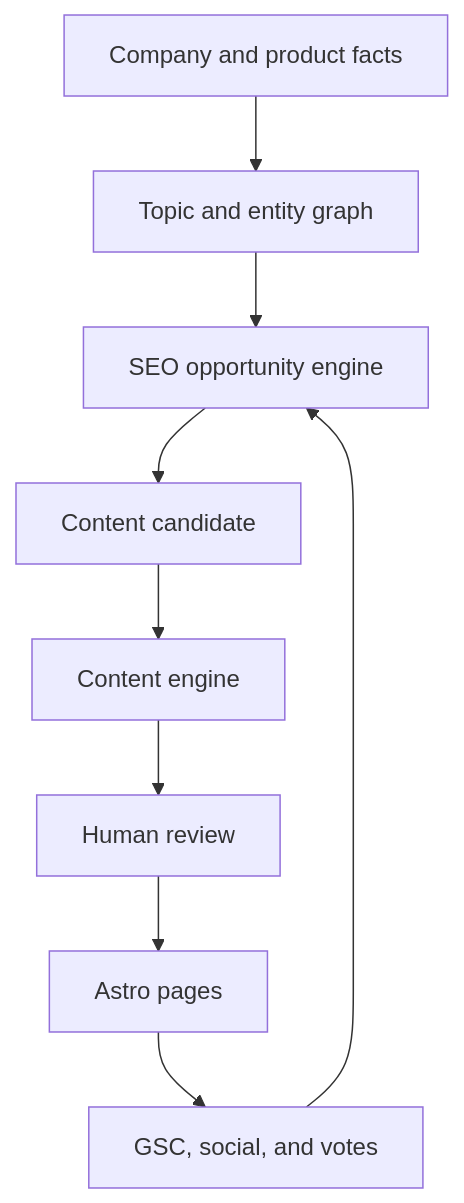
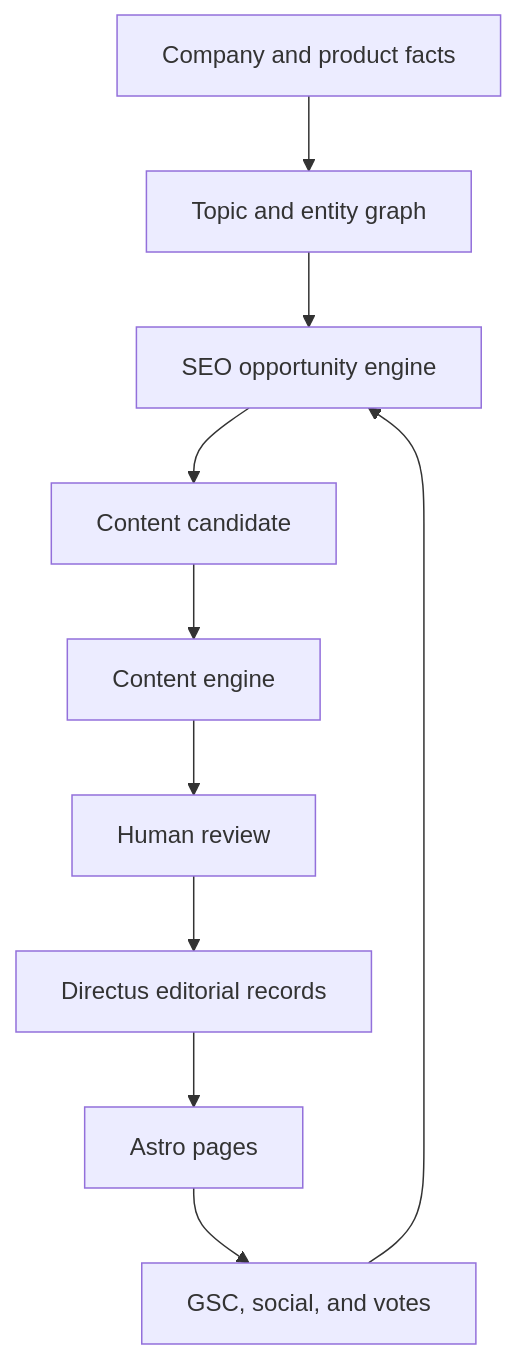
Before and after one commit to nextstreet/ai-seo-saas: the diagram in docs/ARCHITECTURE.md, drawn with Mermaid. The commit also changed other lines of this file and 11 other files, not shown here.

Commit message:
feat(cms): add Directus editorial foundation

````diff
--- a/docs/ARCHITECTURE.md
+++ b/docs/ARCHITECTURE.md
@@ -5,11 +5,12 @@
 ```mermaid
 flowchart TD
   Facts[Company and product facts] --> Graph[Topic and entity graph]
   Graph --> SEO[SEO opportunity engine]
   SEO --> Candidate[Content candidate]
   Candidate --> Content[Content engine]
   Content --> Review[Human review]
-  Review --> Web[Astro pages]
+  Review --> CMS[Directus editorial records]
+  CMS --> Web[Astro pages]
   Web --> Signals[GSC, social, and votes]
   Signals --> SEO
 ```
````
